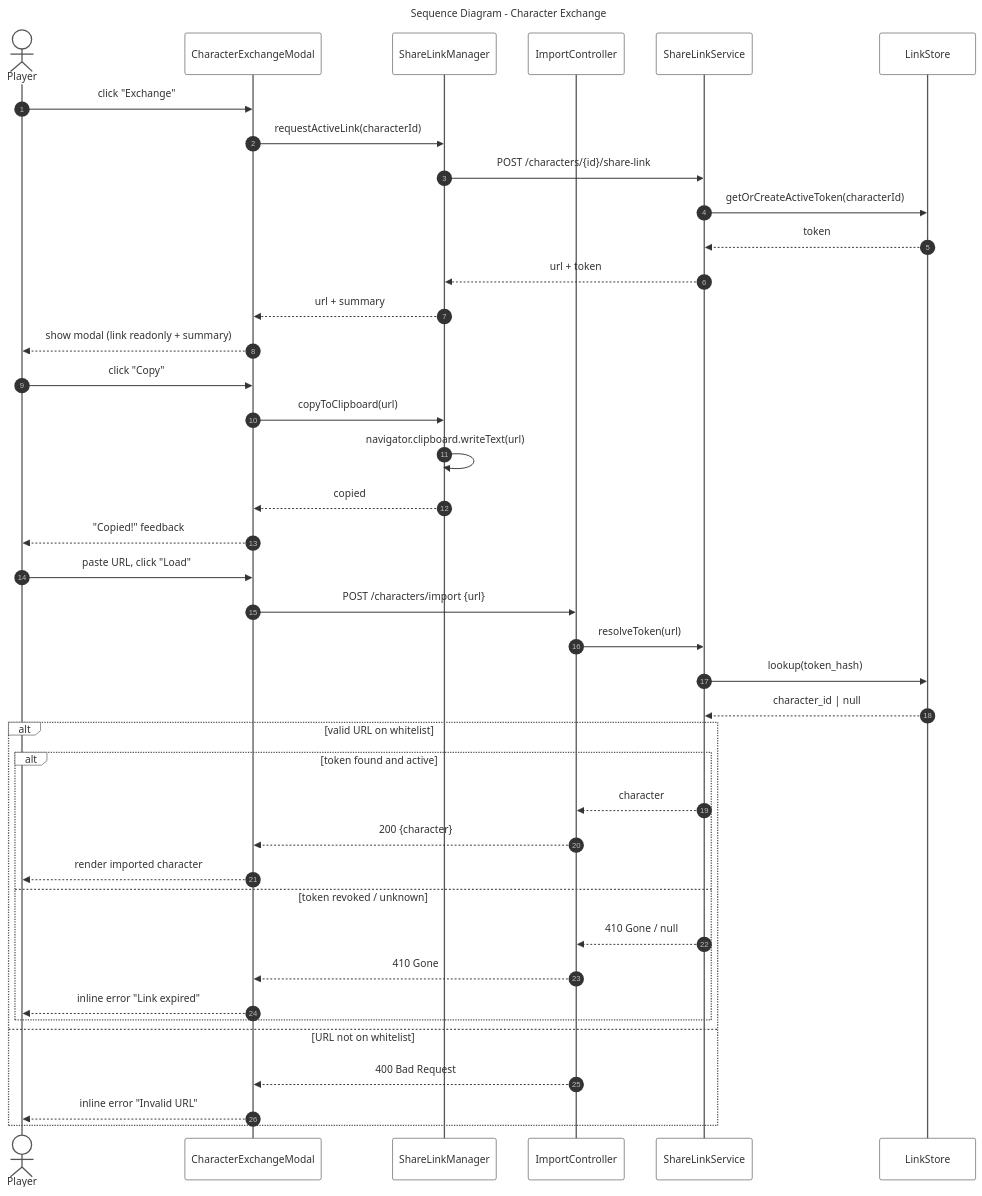
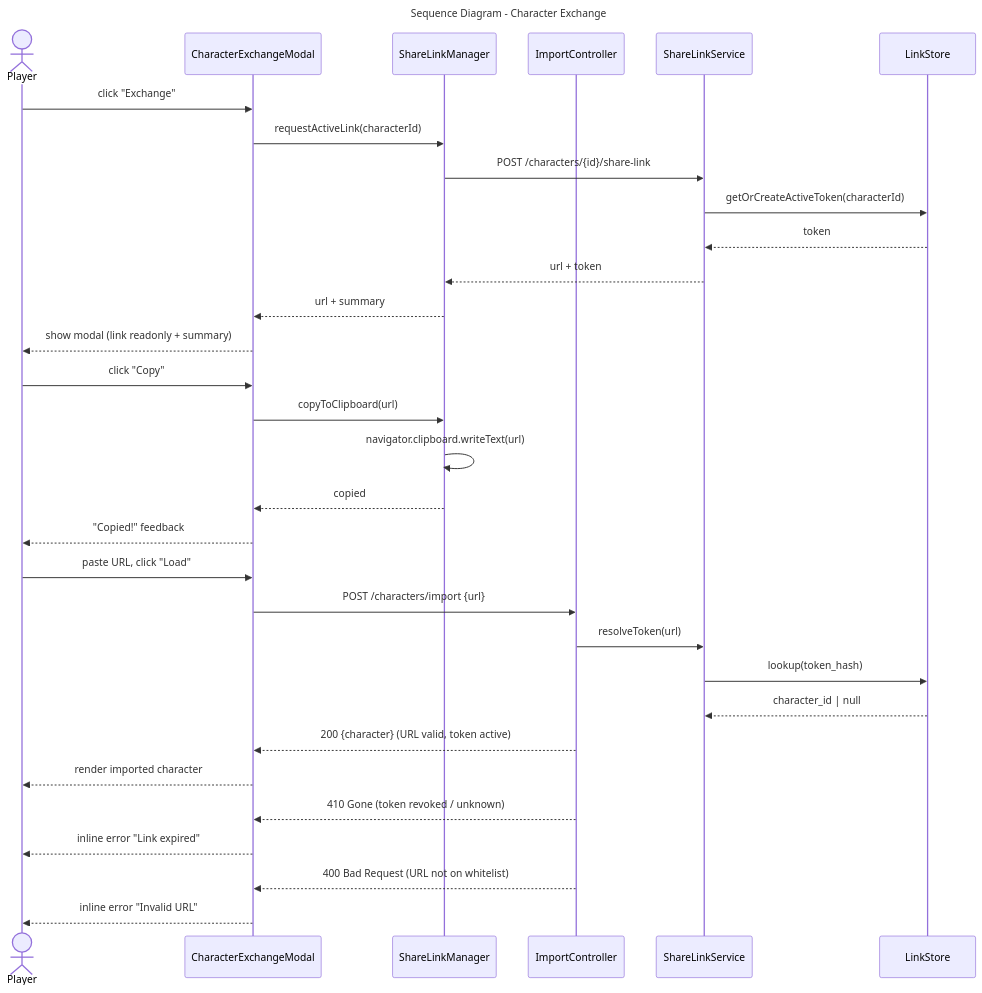
The diagram in uml/sequence-diagram.mmd (Margit-The-Fell-Omen/SDLC), drawn with Mermaid before and after one commit. The commit also changed 16 other files, not shown here.

Commit message:
fix: diagram styling issues

```diff
--- a/uml/sequence-diagram.mmd
+++ b/uml/sequence-diagram.mmd
@@ -1,68 +1,72 @@
 ---
 title: "Sequence Diagram - Character Exchange"
 ---
 %%=================================================================
 %% Sequence Diagram - Character Exchange
 %% RPG Character Sheet Application (target v1.2)
-%% Two flows:
+%% Two flows (no alt fragments; conditional outcomes are drawn as
+%% arrows fanning out from the single decision point IC):
 %%   Flow A (happy path): open modal + load link / copy.
-%%   Flow B (import): paste URL -> validate -> resolve -> render,
-%%   with the error (revoked link) branch via alt/else.
+%%   Flow B (import): paste URL -> validate -> resolve -> outcome.
 %% White background for GitHub light/dark themes.
-%% Note: activate/deactivate markers are intentionally omitted because
-%% branches would make Mermaid's static balance go negative and fail.
 %%=================================================================
-%%{init: {"theme": "base", "themeVariables": { "background": "#ffffff", "actorBkg": "#ffffff", "noteBkgColor": "#ffffff", "actorBorder": "#555555", "lineColor": "#444444" } } }%%
+%%{init: {"theme": "base", "themeVariables": { "background": "#ffffff", "actorBkg": "#ffffff", "noteBkgColor": "#ffffff", "actorBorder": "#555555", "lineColor": "#444444" }, "themeCSS": ".actor-line{stroke:#000000 !important;stroke-dasharray:4 4 !important;}" } } }%%
 sequenceDiagram
-  autonumber
 
   %% ---- Notation guide (comments; Mermaid can't color per-text) ----
   %% Actor: external entity (Player) interacting with the system.
   %% Lifeline: a participant over time.
-  %% Synchronous message: solid arrow ->; return: dashed arrow -->>.
-  %% alt/else: alternative branches guarded by conditions.
+  %% Synchronous message: solid arrow ->> ; return: dashed arrow -->> .
+  %% Branching: several arrows leave the same decision point.
+  %% Lifeline termination: "destroy" marks an X at the end of the line.
 
   actor P as Player
   participant M as CharacterExchangeModal
   participant SLM as ShareLinkManager
   participant IC as ImportController
   participant SLS as ShareLinkService
   participant LS as LinkStore
 
   %% ========== Flow A - open modal, load link, copy ==========
   P->>M: click "Exchange"
   M->>SLM: requestActiveLink(characterId)
   SLM->>SLS: POST /characters/{id}/share-link
   SLS->>LS: getOrCreateActiveToken(characterId)
   LS-->>SLS: token
   SLS-->>SLM: url + token
   SLM-->>M: url + summary
   M-->>P: show modal (link readonly + summary)
 
   P->>M: click "Copy"
   M->>SLM: copyToClipboard(url)
   SLM->>SLM: navigator.clipboard.writeText(url)
   SLM-->>M: copied
   M-->>P: "Copied!" feedback
 
-  %% ========== Flow B - import character (with alt) ==========
+  %% ========== Flow B - import character ==========
+  %% Decision point: IC returns one of three outcomes below, all
+  %% drawn from the same point (no alt/else fragments).
   P->>M: paste URL, click "Load"
   M->>IC: POST /characters/import {url}
   IC->>SLS: resolveToken(url)
   SLS->>LS: lookup(token_hash)
   LS-->>SLS: character_id | null
 
-  alt valid URL on whitelist
-    alt token found and active
-      SLS-->>IC: character
-      IC-->>M: 200 {character}
-      M-->>P: render imported character
-    else token revoked / unknown
-      SLS-->>IC: 410 Gone / null
-      IC-->>M: 410 Gone
-      M-->>P: inline error "Link expired"
-    end
-  else URL not on whitelist
-    IC-->>M: 400 Bad Request
-    M-->>P: inline error "Invalid URL"
-  end
+  IC-->>M: 200 {character} (URL valid, token active)
+  M-->>P: render imported character
+
+  IC-->>M: 410 Gone (token revoked / unknown)
+  M-->>P: inline error "Link expired"
+
+  IC-->>M: 400 Bad Request (URL not on whitelist)
+  M-->>P: inline error "Invalid URL"
+
+  %% ========== Lifeline termination ==========
+  %% Vertical lifelines end with an X cross at the bottom of the
+  %% diagram instead of recurring label blocks.
+  destroy P
+  destroy M
+  destroy SLM
+  destroy IC
+  destroy SLS
+  destroy LS
```
